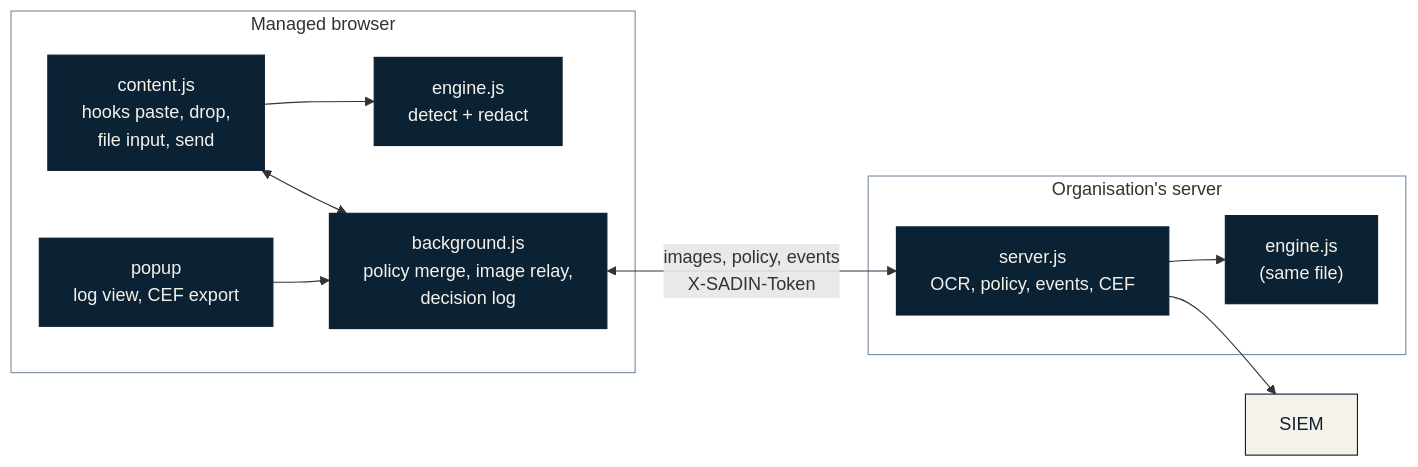
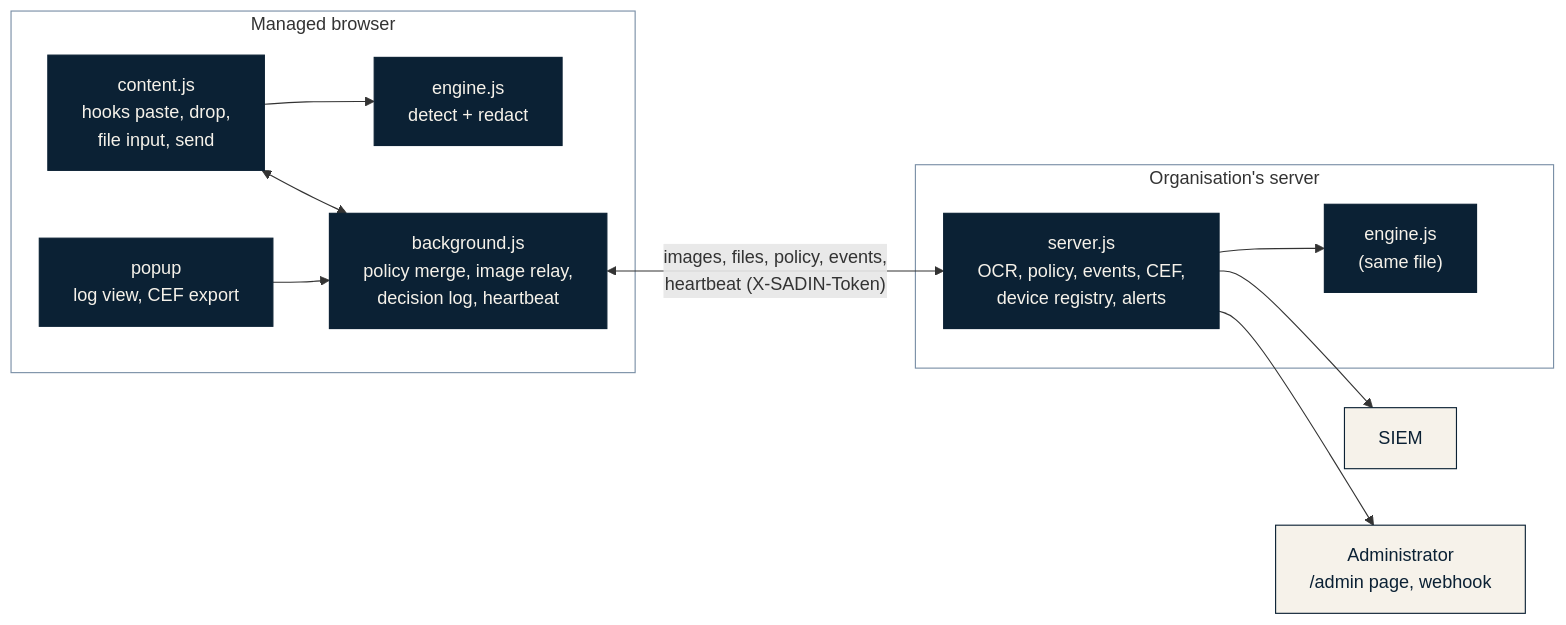
The second of 3 diagrams in docs/ARCHITECTURE.md (shyuix/SADIN), drawn with Mermaid before and after one commit. The commit also changed other lines of this file and 143 other files, not shown here.

````diff
--- a/docs/ARCHITECTURE.md
+++ b/docs/ARCHITECTURE.md
@@ -57,26 +57,27 @@
 ```mermaid
 flowchart LR
     subgraph Browser["Managed browser"]
         CS["content.js<br/>hooks paste, drop,<br/>file input, send"]
         EN["engine.js<br/>detect + redact"]
-        BG["background.js<br/>policy merge, image relay,<br/>decision log"]
+        BG["background.js<br/>policy merge, image relay,<br/>decision log, heartbeat"]
         PU["popup<br/>log view, CEF export"]
         CS --> EN
         CS <--> BG
         PU --> BG
     end
     subgraph Server["Organisation's server"]
-        SV["server.js<br/>OCR, policy, events, CEF"]
+        SV["server.js<br/>OCR, policy, events, CEF,<br/>device registry, alerts"]
         EN2["engine.js<br/>(same file)"]
         SV --> EN2
     end
-    BG <-- "images, policy, events<br/>X-SADIN-Token" --> SV
+    BG <-- "images, files, policy, events,<br/>heartbeat (X-SADIN-Token)" --> SV
     SV --> SIEM["SIEM"]
+    SV --> ADM["Administrator<br/>/admin page, webhook"]
 
     classDef comp fill:#0B2134,stroke:#0B2134,color:#F6F2EA
     classDef ext fill:#F6F2EA,stroke:#0B2134,color:#0B2134
     class CS,EN,BG,PU,SV,EN2 comp
-    class SIEM ext
+    class SIEM,ADM ext
     style Browser fill:none,stroke:#7A8FA6,stroke-width:1px
     style Server fill:none,stroke:#7A8FA6,stroke-width:1px
 ```
````
